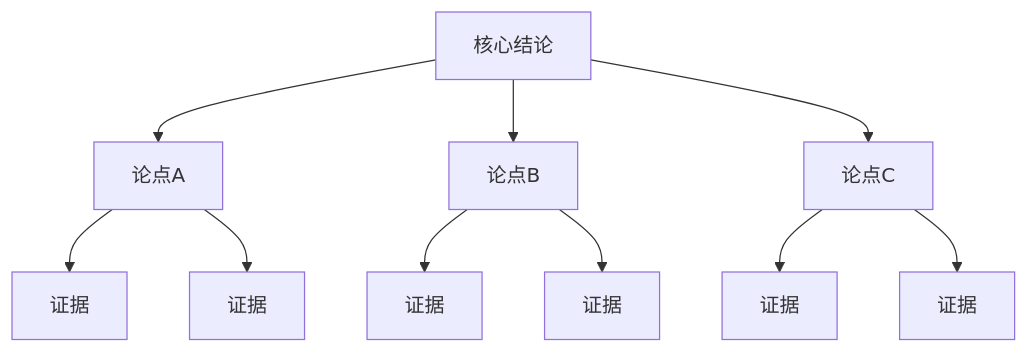
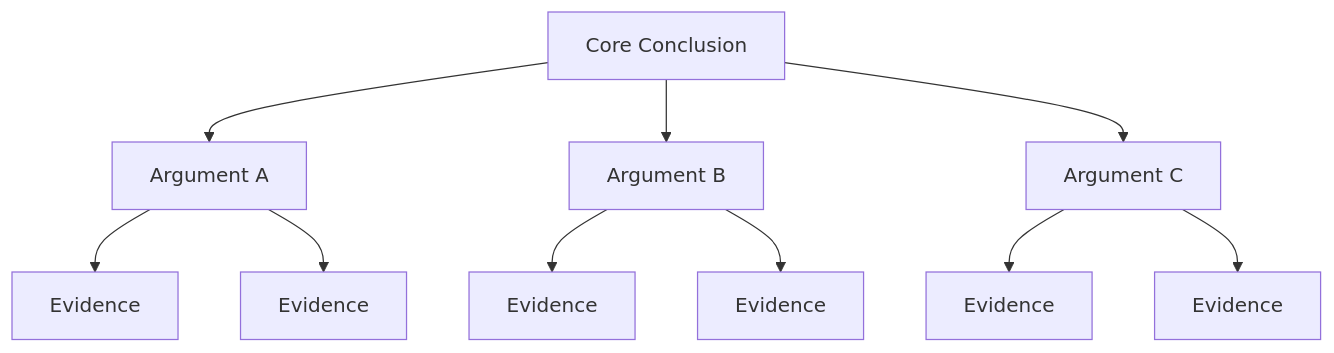
One commit to Kirky-X/kueiku changed the second of 3 diagrams in references/structured-thinking/mece-pyramid.md. Above: the diagram before and after it, drawn with Mermaid. The commit also changed other lines of this file and 126 other files, not shown here.

````diff
--- a/references/structured-thinking/mece-pyramid.md
+++ b/references/structured-thinking/mece-pyramid.md
@@ -70,12 +70,12 @@
 ```mermaid
 flowchart TD
-    T["核心结论"] --> A["论点A"]
-    T --> B["论点B"]
-    T --> C["论点C"]
-    A --> A1["证据"]
-    A --> A2["证据"]
-    B --> B1["证据"]
-    B --> B2["证据"]
-    C --> C1["证据"]
-    C --> C2["证据"]
+    T["Core Conclusion"] --> A["Argument A"]
+    T --> B["Argument B"]
+    T --> C["Argument C"]
+    A --> A1["Evidence"]
+    A --> A2["Evidence"]
+    B --> B1["Evidence"]
+    B --> B2["Evidence"]
+    C --> C1["Evidence"]
+    C --> C2["Evidence"]
 ```
````
